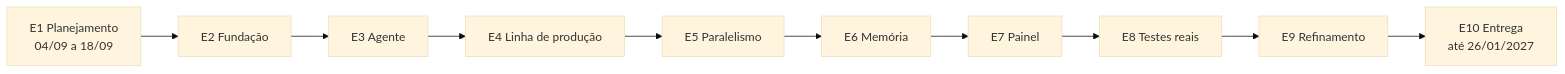
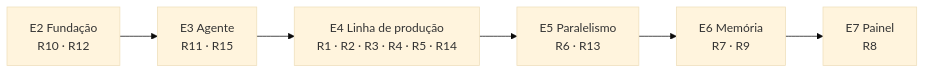
One commit to enzoconsulo/Generic-Multi-Agents changed the second of 9 diagrams in apresentacao-orientador/roteiros-de-estudo/fonte/E1.md. Above: the diagram before and after it, drawn with Mermaid (base theme). The commit also changed other lines of this file and 13 other files, not shown here.

````diff
--- a/apresentacao-orientador/roteiros-de-estudo/fonte/E1.md
+++ b/apresentacao-orientador/roteiros-de-estudo/fonte/E1.md
@@ -17,4 +87,4 @@
 ```mermaid
 flowchart LR
-    E1["E1 Planejamento<br/>04/09 a 18/09"] --> E2["E2 Fundação"] --> E3["E3 Agente"] --> E4["E4 Linha de produção"] --> E5["E5 Paralelismo"] --> E6["E6 Memória"] --> E7["E7 Painel"] --> E8["E8 Testes reais"] --> E9["E9 Refinamento"] --> E10["E10 Entrega<br/>até 26/01/2027"]
+    E2["E2 Fundação<br/>R10 · R12"] --> E3["E3 Agente<br/>R11 · R15"] --> E4["E4 Linha de produção<br/>R1 · R2 · R3 · R4 · R5 · R14"] --> E5["E5 Paralelismo<br/>R6 · R13"] --> E6["E6 Memória<br/>R7 · R9"] --> E7["E7 Painel<br/>R8"]
 ```
````
